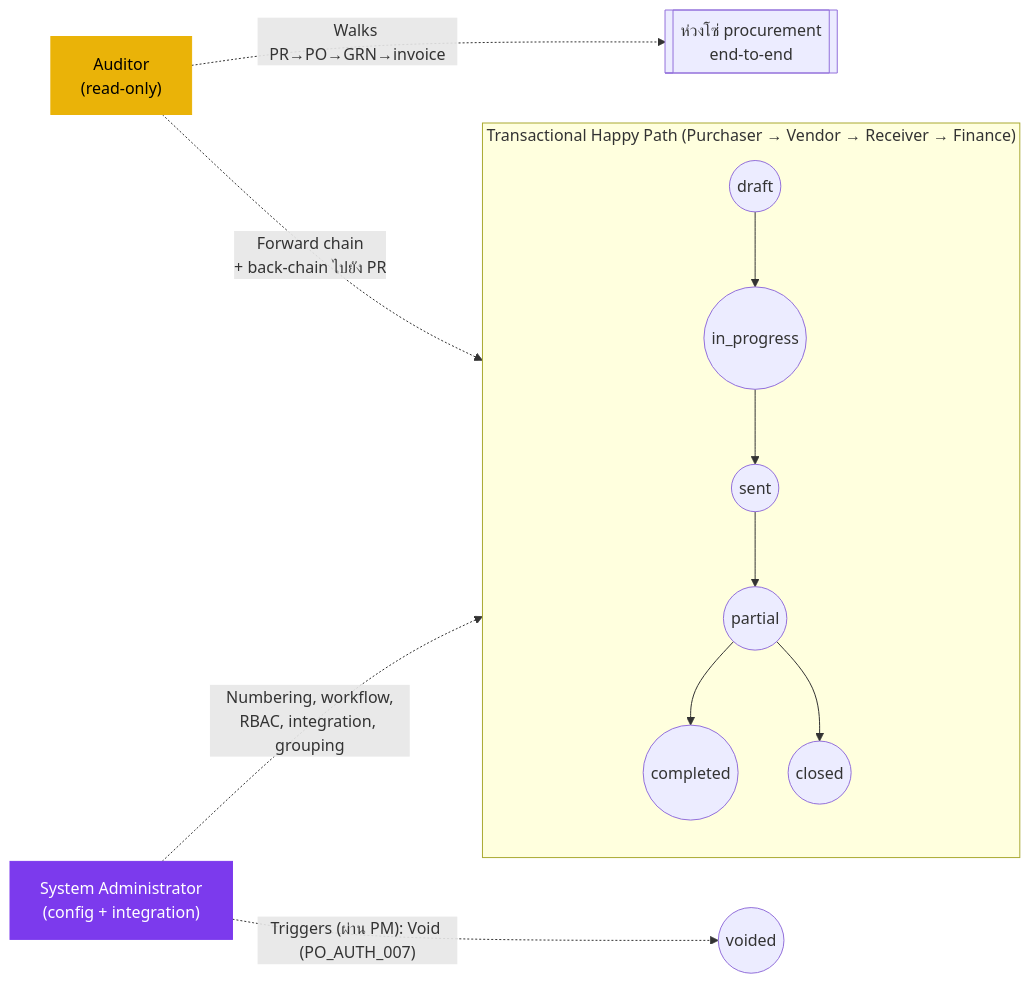
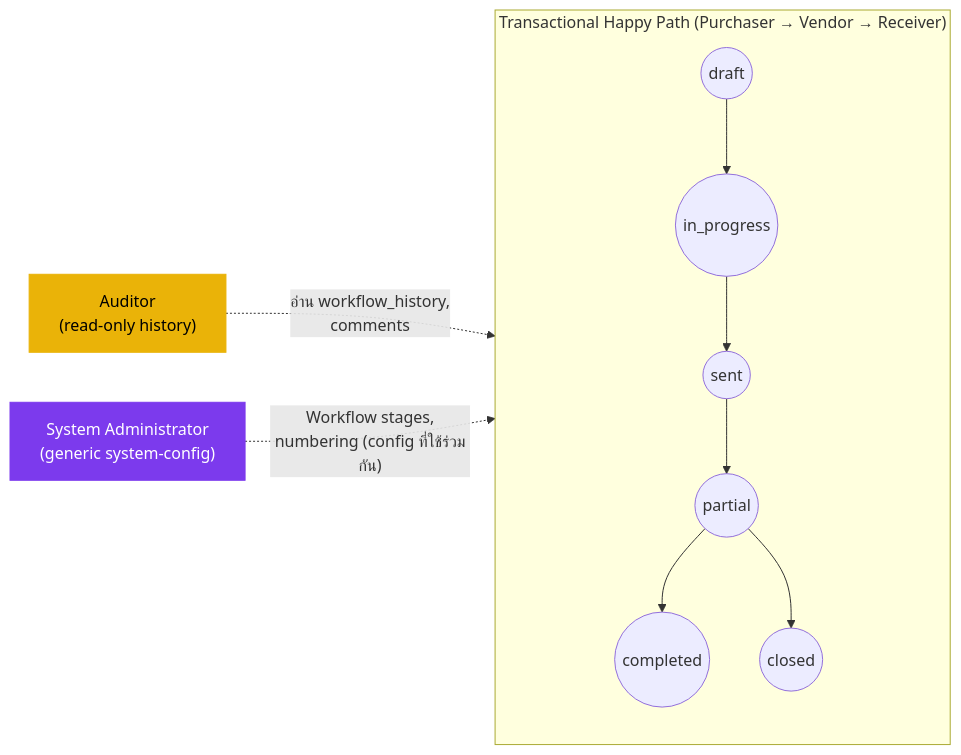
The diagram in th/inventory/purchase-order/03-user-flow-audit-config.md (CarmenSoftware-organization/carmen-wiki), drawn with Mermaid before and after one commit. The commit also changed other lines of this file and 38 other files, not shown here.

````diff
--- a/th/inventory/purchase-order/03-user-flow-audit-config.md
+++ b/th/inventory/purchase-order/03-user-flow-audit-config.md
@@ -23,16 +30,14 @@
 ```mermaid
 graph LR
-    subgraph transactional["Transactional Happy Path (Purchaser → Vendor → Receiver → Finance)"]
+    subgraph transactional["Transactional Happy Path (Purchaser → Vendor → Receiver)"]
         draft(("draft")) --> inprog(("in_progress"))
         inprog --> sent(("sent"))
         sent --> partial(("partial"))
         partial --> completed(("completed"))
         partial --> closed(("closed"))
     end
-    auditor["Auditor<br/>(read-only)"]:::audit -.->|"Forward chain<br/>+ back-chain ไปยัง PR"| transactional
-    auditor -.->|"Walks PR→PO→GRN→invoice"| chain[["ห่วงโซ่ procurement<br/>end-to-end"]]
-    sysadmin["System Administrator<br/>(config + integration)"]:::cfg -.->|"Numbering, workflow,<br/>RBAC, integration, grouping"| transactional
-    sysadmin -.->|"Triggers (ผ่าน PM): Void (PO_AUTH_007)"| voided(("voided"))
+    auditor["Auditor<br/>(read-only history)"]:::audit -.->|"อ่าน workflow_history,<br/>comments"| transactional
+    sysadmin["System Administrator<br/>(generic system-config)"]:::cfg -.->|"Workflow stages,<br/>numbering (config ที่ใช้ร่วมกัน)"| transactional
     classDef audit fill:#eab308,color:#000,stroke:#eab308;
     classDef cfg fill:#7c3aed,color:#fff,stroke:#7c3aed;
 ```
````
